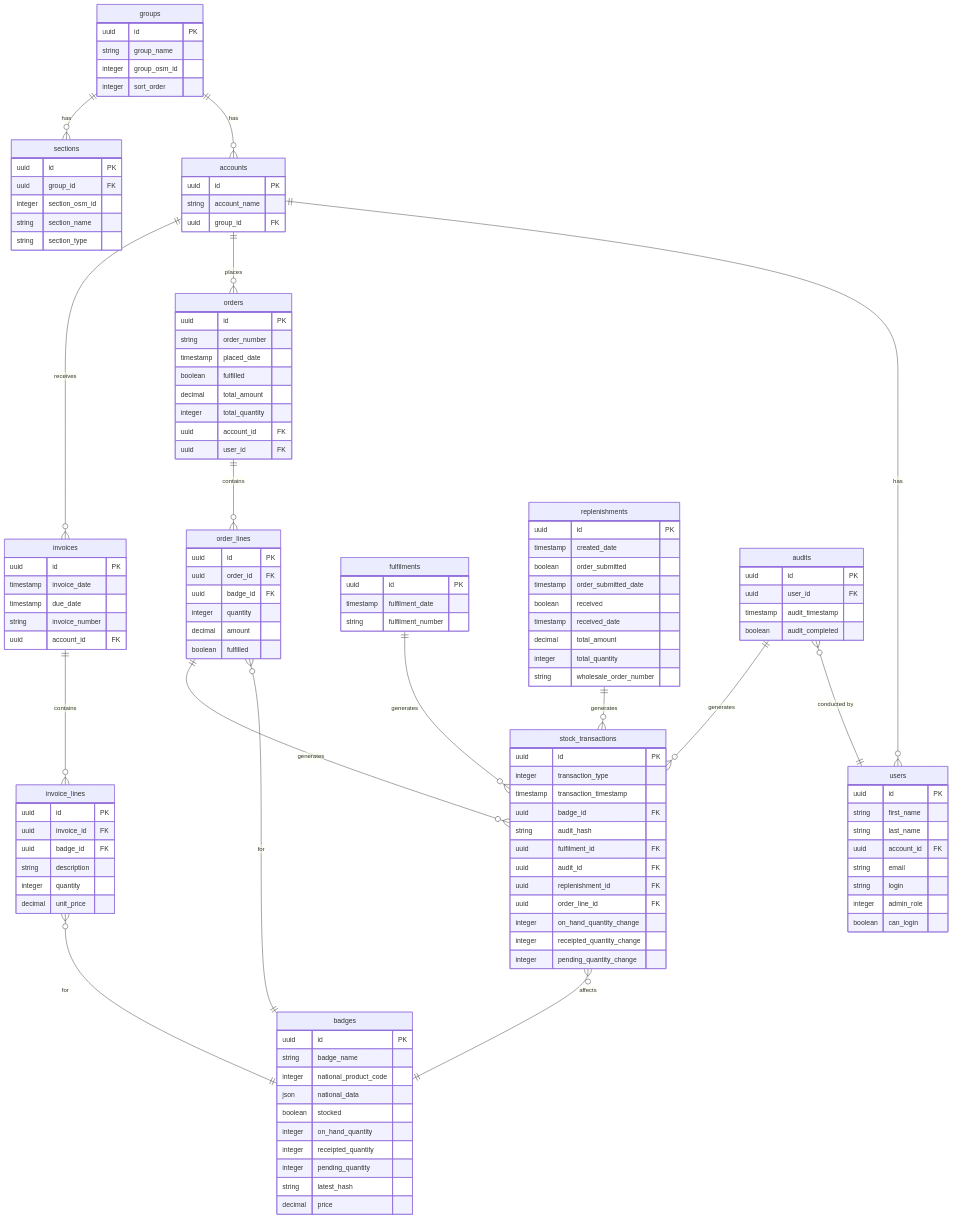
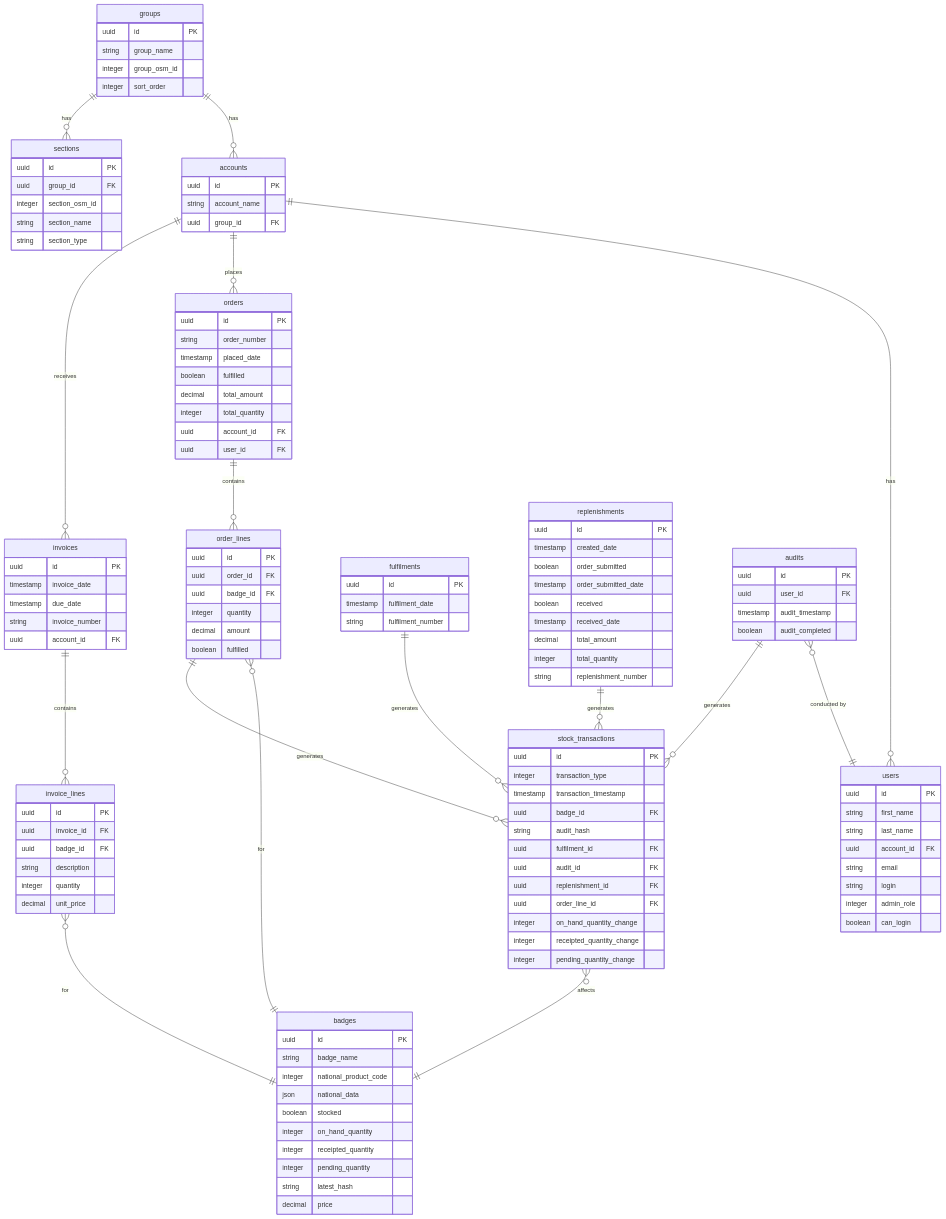
Before and after one commit to LBDistrictScouts/DistrictBadges: the diagram in backend/README.md, drawn with Mermaid. The commit also changed 102 other files, not shown here.

```diff
--- a/backend/README.md
+++ b/backend/README.md
@@ -198,7 +198,7 @@
         timestamp received_date
         decimal total_amount
         integer total_quantity
-        string wholesale_order_number
+        string replenishment_number
     }
     audits {
         uuid id PK
```
